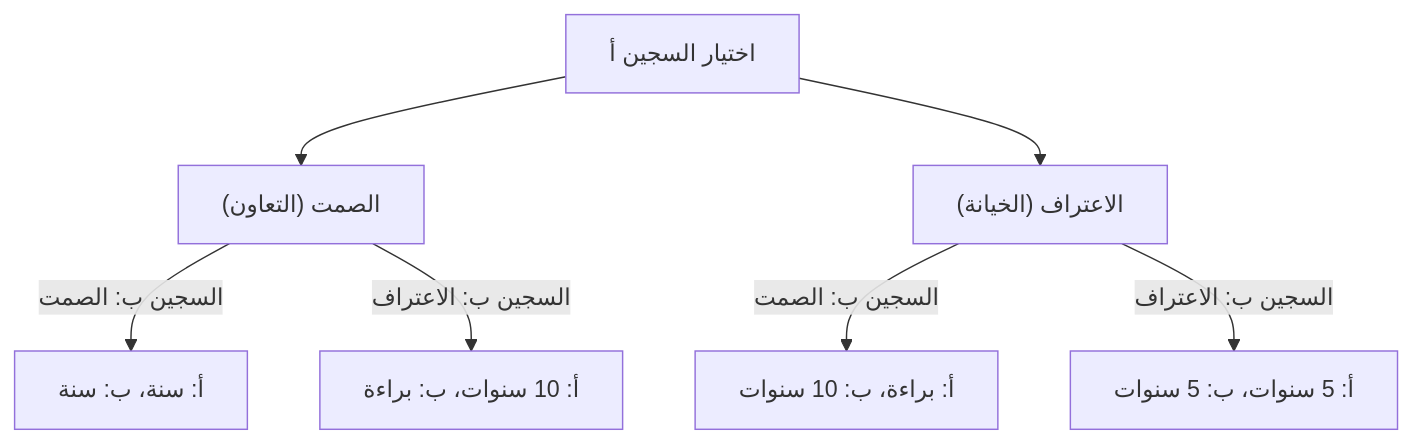
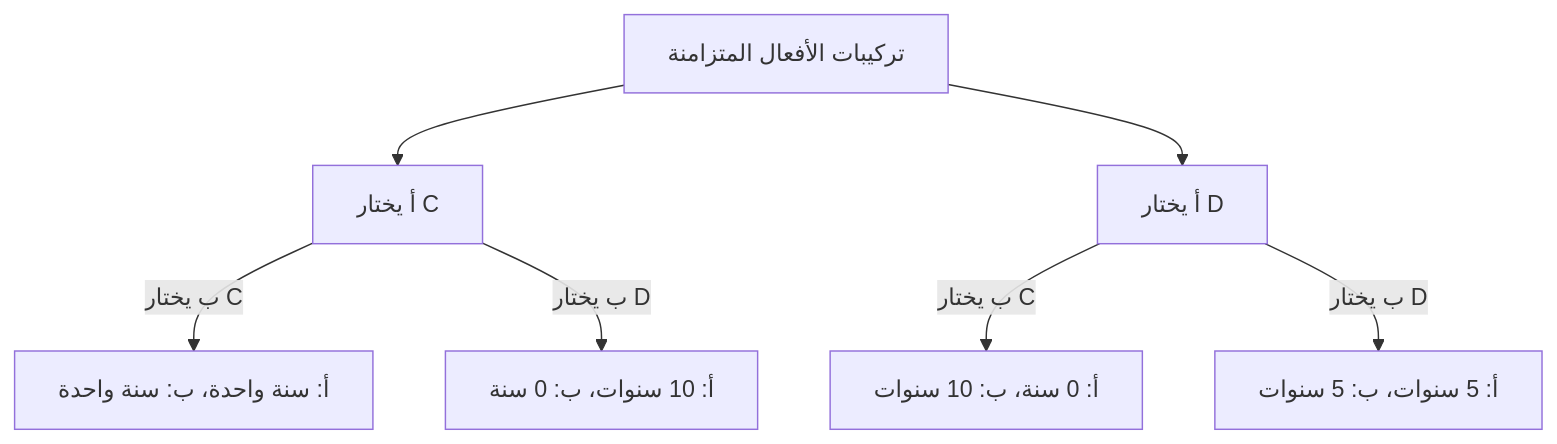
The first of 2 diagrams in content/post/paradox-prisoners-dilemma/index.ar.md (kenjinote/blog), drawn with Mermaid before and after one commit. The commit also changed other lines of this file and 11 other files, not shown here.

````diff
--- a/content/post/paradox-prisoners-dilemma/index.ar.md
+++ b/content/post/paradox-prisoners-dilemma/index.ar.md
@@ -38,12 +35,9 @@
 ```mermaid
 graph TD
-    A["اختيار السجين أ"]
-    B["الصمت (التعاون)"]
-    C["الاعتراف (الخيانة)"]
-    A --> B
-    A --> C
-    B -- "السجين ب: الصمت" --> D["أ: سنة، ب: سنة"]
-    B -- "السجين ب: الاعتراف" --> E["أ: 10 سنوات، ب: براءة"]
-    C -- "السجين ب: الصمت" --> F["أ: براءة، ب: 10 سنوات"]
-    C -- "السجين ب: الاعتراف" --> G["أ: 5 سنوات، ب: 5 سنوات"]
+    Start["تركيبات الأفعال المتزامنة"] --> AC["أ يختار C"]
+    Start --> AD["أ يختار D"]
+    AC -->|"ب يختار C"| CC["أ: سنة واحدة، ب: سنة واحدة"]
+    AC -->|"ب يختار D"| CD["أ: 10 سنوات، ب: 0 سنة"]
+    AD -->|"ب يختار C"| DC["أ: 0 سنة، ب: 10 سنوات"]
+    AD -->|"ب يختار D"| DD["أ: 5 سنوات، ب: 5 سنوات"]
 ```
````
